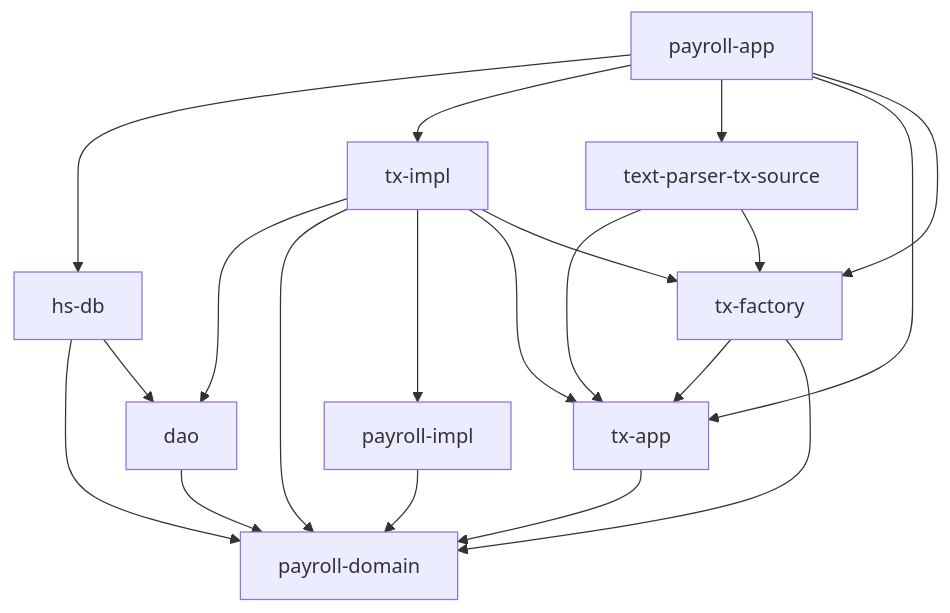
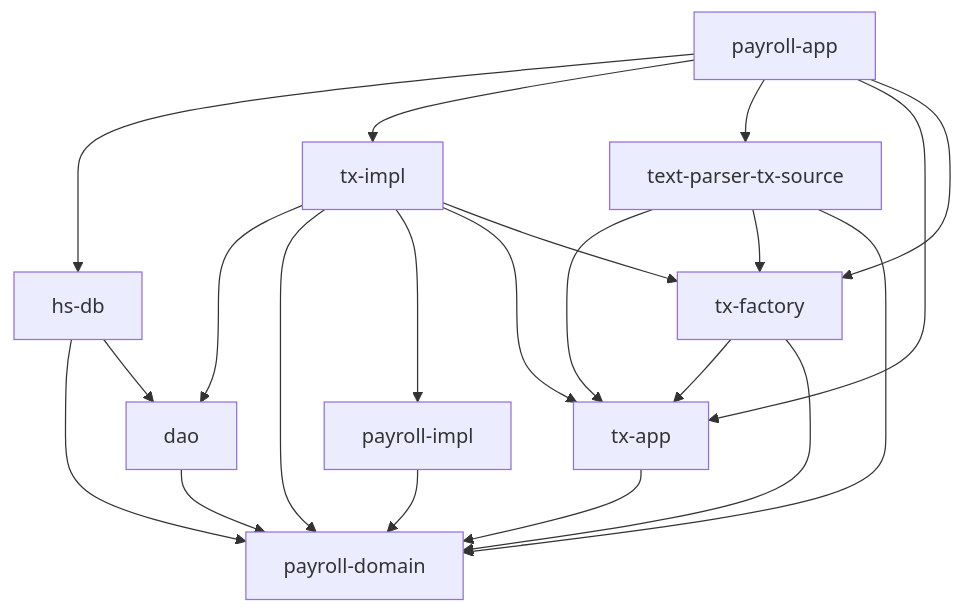
One commit to cutsea110/payroll changed the diagram in README.md. Above: the diagram before and after it, drawn with Mermaid. The commit also changed 4 other files, not shown here.

Commit message:
move Tx and convert from tx-factory to text-parser-tx-source

````diff
--- a/README.md
+++ b/README.md
@@ -3,30 +3,31 @@
 ```mermaid
 graph TD
 
   payroll-impl --> payroll-domain
 
   dao --> payroll-domain
   
   tx-impl --> dao
   tx-impl --> payroll-domain
   tx-impl --> payroll-impl
   tx-impl --> tx-app
   tx-impl --> tx-factory
   
   tx-app --> payroll-domain
 
   tx-factory --> tx-app
   tx-factory --> payroll-domain
   
   text-parser-tx-source --> tx-app
   text-parser-tx-source --> tx-factory
+  text-parser-tx-source --> payroll-domain
   
   hs-db --> payroll-domain
   hs-db --> dao
   
   payroll-app --> hs-db
   payroll-app --> tx-impl
   payroll-app --> text-parser-tx-source
   payroll-app --> tx-app
   payroll-app --> tx-factory
 ```
````
